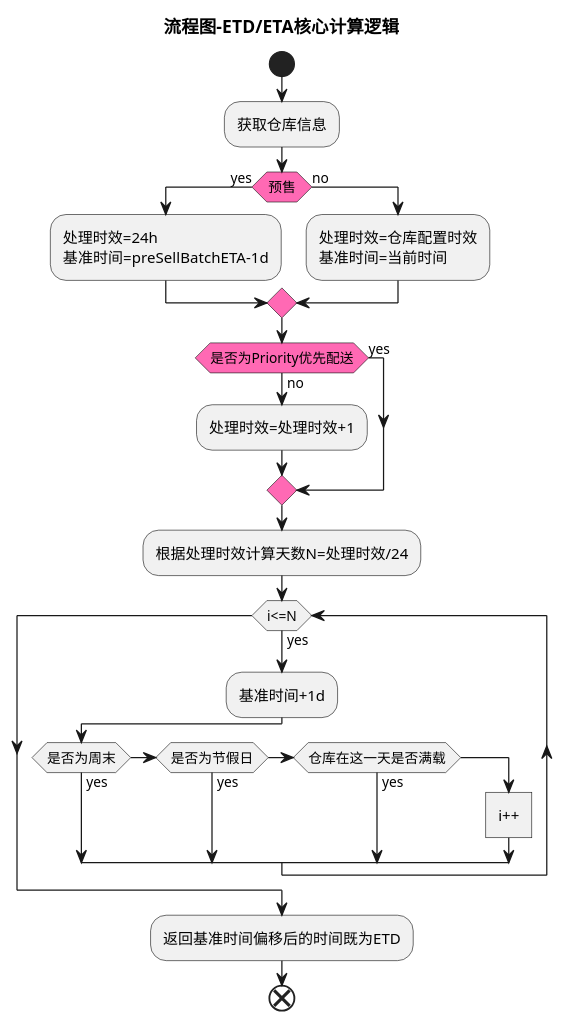
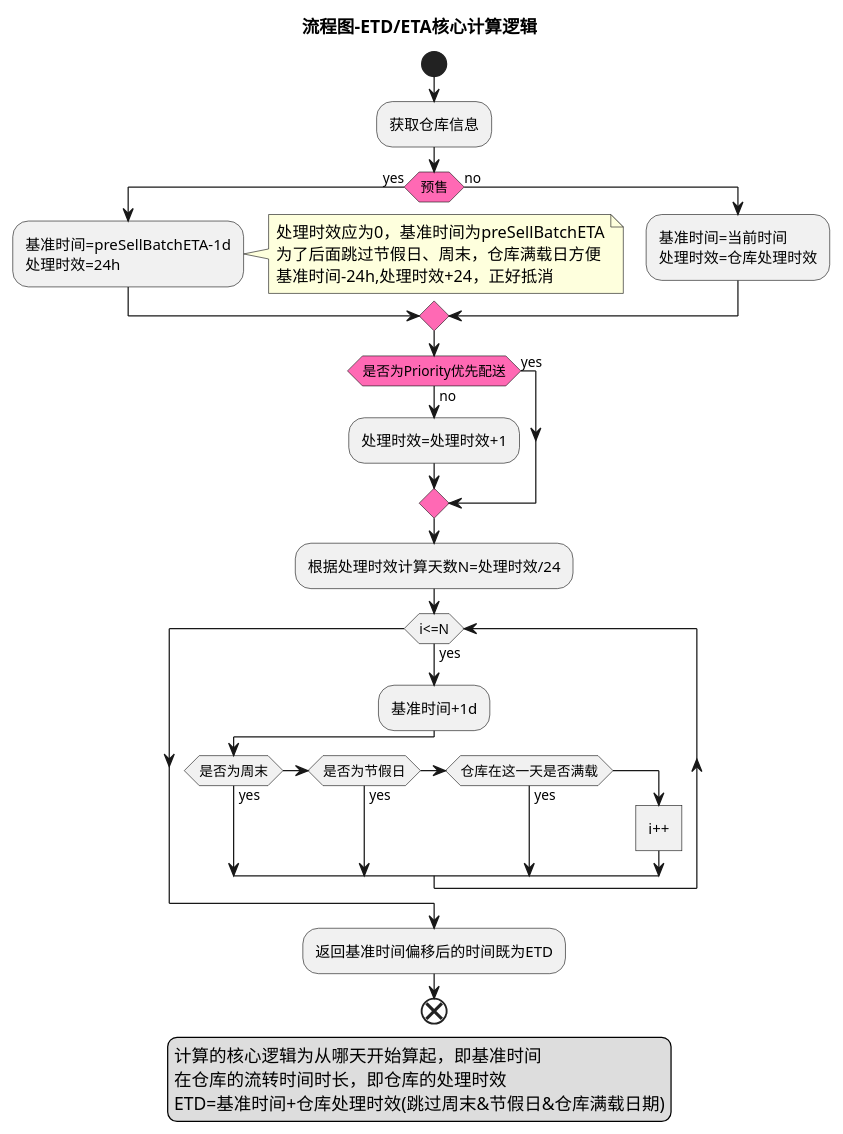
Before and after one commit to newbigTech/myDesignPattern: the diagram in uml/wms/etd_eta_process.puml, drawn with PlantUML. The commit also changed 2 other files, not shown here.

```diff
--- a/uml/wms/etd_eta_process.puml
+++ b/uml/wms/etd_eta_process.puml
@@ -1,30 +1,40 @@
 @startuml
 title 流程图-ETD/ETA核心计算逻辑
 
 start
 :获取仓库信息;
 #HotPink:if (预售) then (yes)
-    :处理时效=24h
-    基准时间=preSellBatchETA-1d;
+    :基准时间=preSellBatchETA-1d
+    处理时效=24h;
+    note right
+    处理时效应为0，基准时间为preSellBatchETA
+    为了后面跳过节假日、周末，仓库满载日方便
+    基准时间-24h,处理时效+24，正好抵消
+    end note
 else (no)
-    :处理时效=仓库配置时效
-    基准时间=当前时间;
-
+    :基准时间=当前时间
+    处理时效=仓库处理时效;
 endif
 #HotPink:if(是否为Priority优先配送) then(no)
     :处理时效=处理时效+1;
 else(yes)
 endif
 :根据处理时效计算天数N=处理时效/24;
 #HotPink:while (i<=N) is(yes)
     :基准时间+1d;
     if(是否为周末) then (yes)
     else if(是否为节假日) then (yes)
     else if(仓库在这一天是否满载) then (yes)
     else
         :i++]
     endif
 endwhile
 :返回基准时间偏移后的时间既为ETD;
 end
+
+legend center
+计算的核心逻辑为从哪天开始算起，即基准时间
+在仓库的流转时间时长，即仓库的处理时效
+ETD=基准时间+仓库处理时效(跳过周末&节假日&仓库满载日期)
+end legend
 @enduml
```
